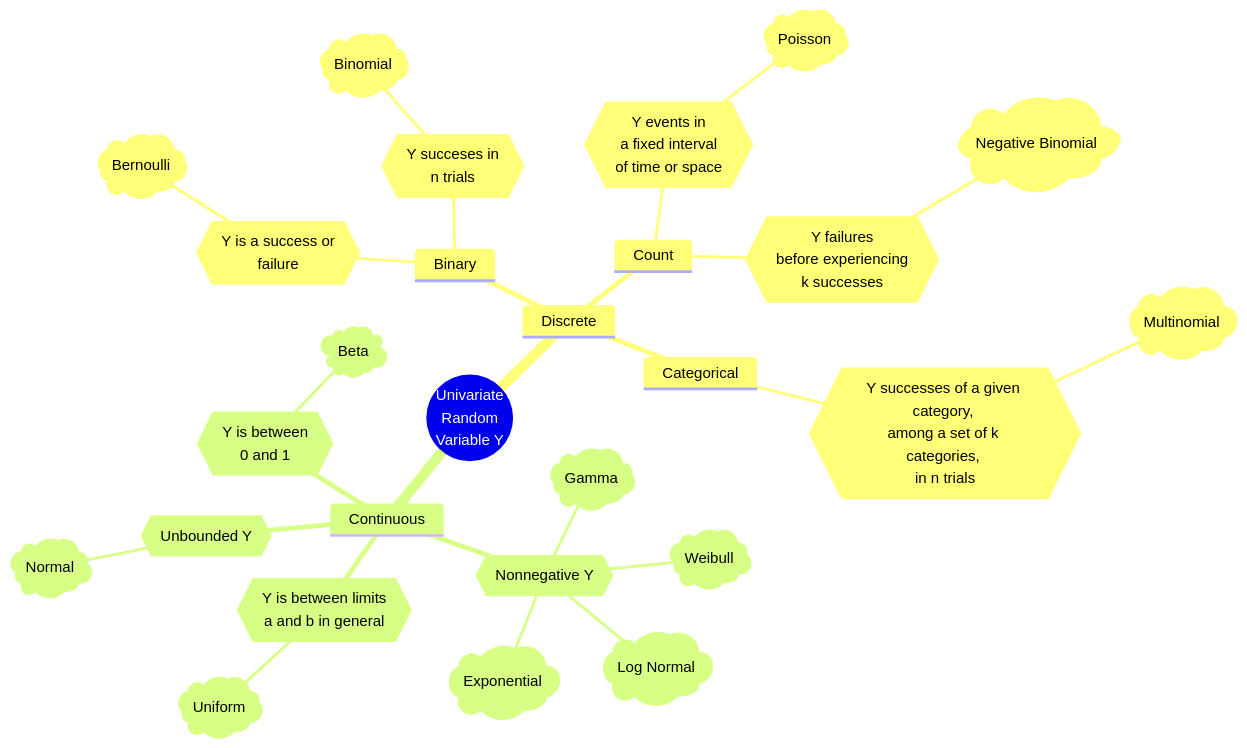
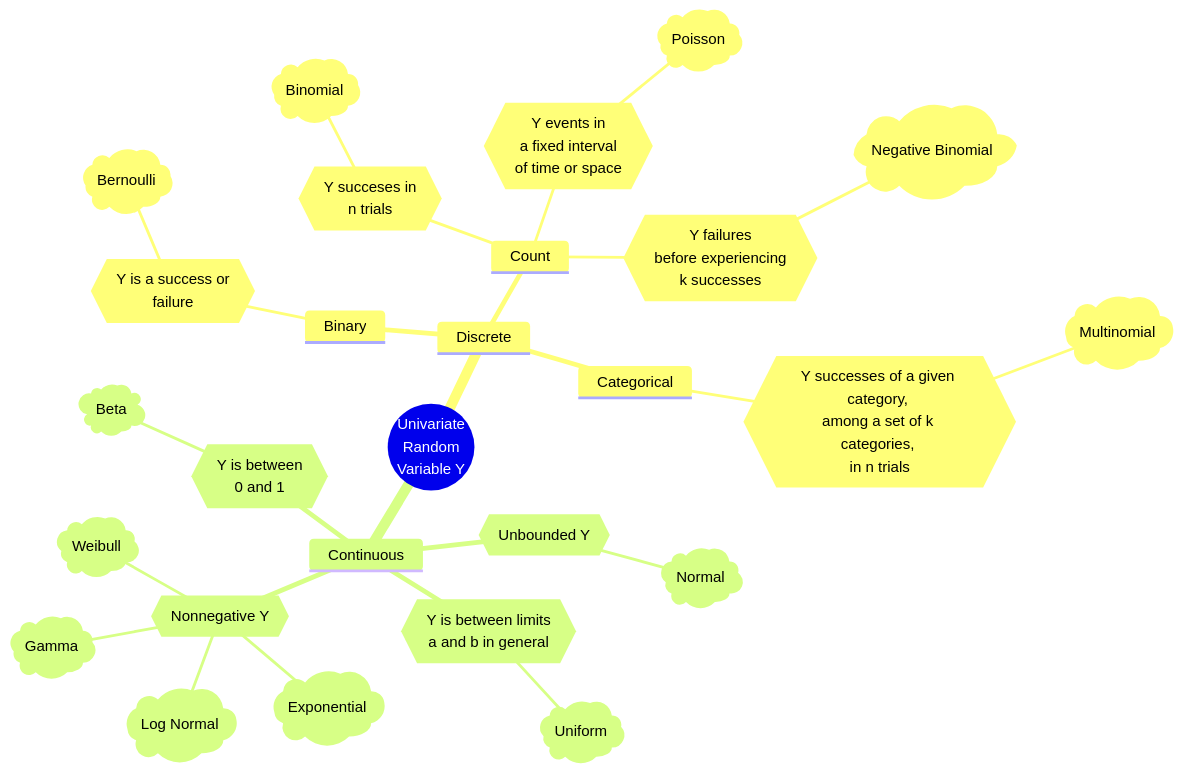
The diagram in book/C-distributional-cheatsheet.qmd (alexrod61/regression-cookbook), drawn with Mermaid before and after one commit. The commit also changed other lines of this file and 17 other files, not shown here.

````diff
--- a/book/C-distributional-cheatsheet.qmd
+++ b/book/C-distributional-cheatsheet.qmd
@@ -16,33 +26,33 @@
 ```{mermaid}
 mindmap
   root((Univariate 
     Random
     Variable Y))
     Discrete
       Binary
         {{Y is a success or <br/>failure}}
           )Bernoulli(
+      Count
         {{Y succeses in <br/>n trials}}
           )Binomial(
-      Count
         {{Y events in <br/>a fixed interval <br/>of time or space}}
           )Poisson(
         {{Y failures <br/>before experiencing <br/>k successes}}
           )Negative Binomial(
       Categorical
         {{Y successes of a given category, <br/>among a set of k categories, <br/>in n trials}}
           )Multinomial(
     Continuous
       {{Unbounded Y}}
         )Normal(
       {{Nonnegative Y}}
         )Log Normal(
         )Exponential(
         )Gamma(
         )Weibull(
       {{Y is between limits <br/>a and b in general}}
         )Uniform(
       {{Y is between <br/>0 and 1}}
         )Beta(
         
 ```
````
